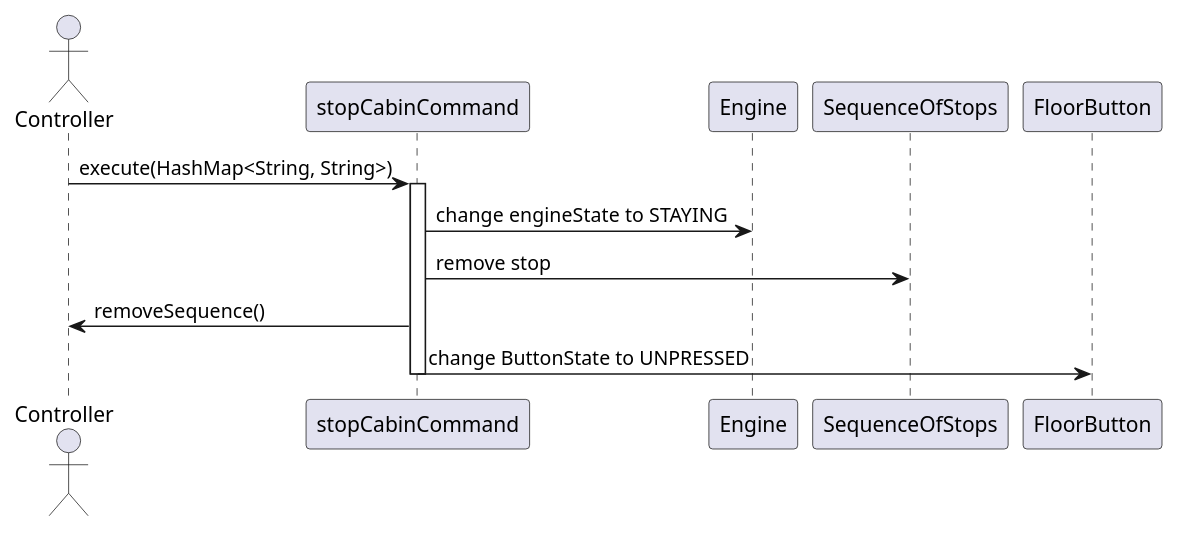
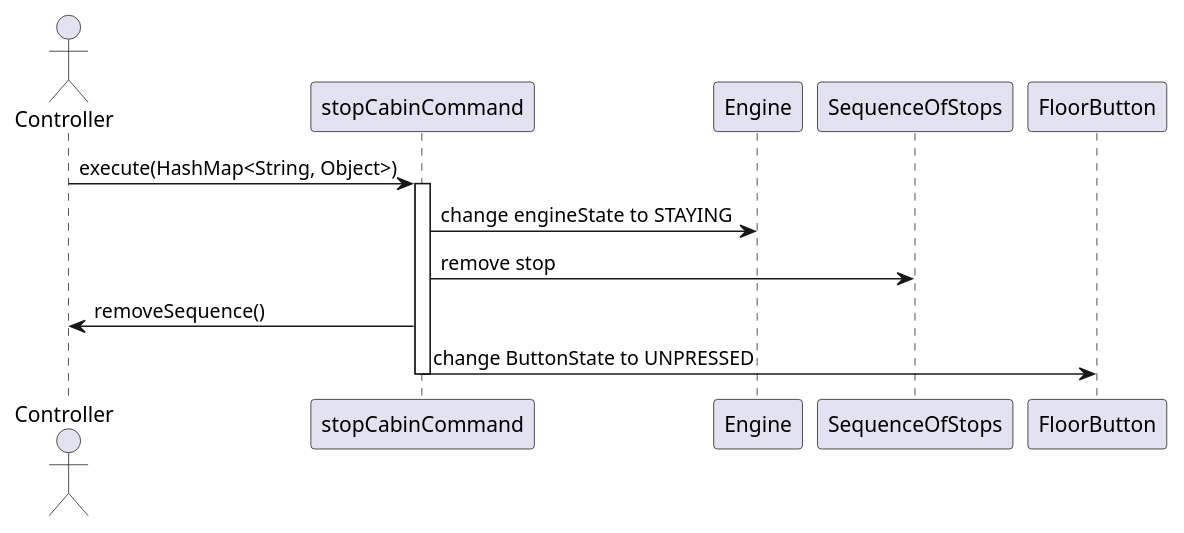
One commit to WhiteSnakeE/ElevatorDriver changed the diagram in src/documentation/command/stopCabinCommand.puml. Above: the diagram before and after it, drawn with PlantUML. The commit also changed 6 other files, not shown here.

Commit message:
E23-17 value in HashMap in execute was changed to Object

```diff
--- a/src/documentation/command/stopCabinCommand.puml
+++ b/src/documentation/command/stopCabinCommand.puml
@@ -1,13 +1,13 @@
 @startuml
 
 actor Controller
 
-Controller -> stopCabinCommand: execute(HashMap<String, String>)
+Controller -> stopCabinCommand: execute(HashMap<String, Object>)
 activate stopCabinCommand
 stopCabinCommand -> Engine: change engineState to STAYING
 stopCabinCommand -> SequenceOfStops: remove stop
 stopCabinCommand -> Controller: removeSequence()
 stopCabinCommand -> FloorButton: change ButtonState to UNPRESSED
 deactivate stopCabinCommand
 
 @enduml
```
